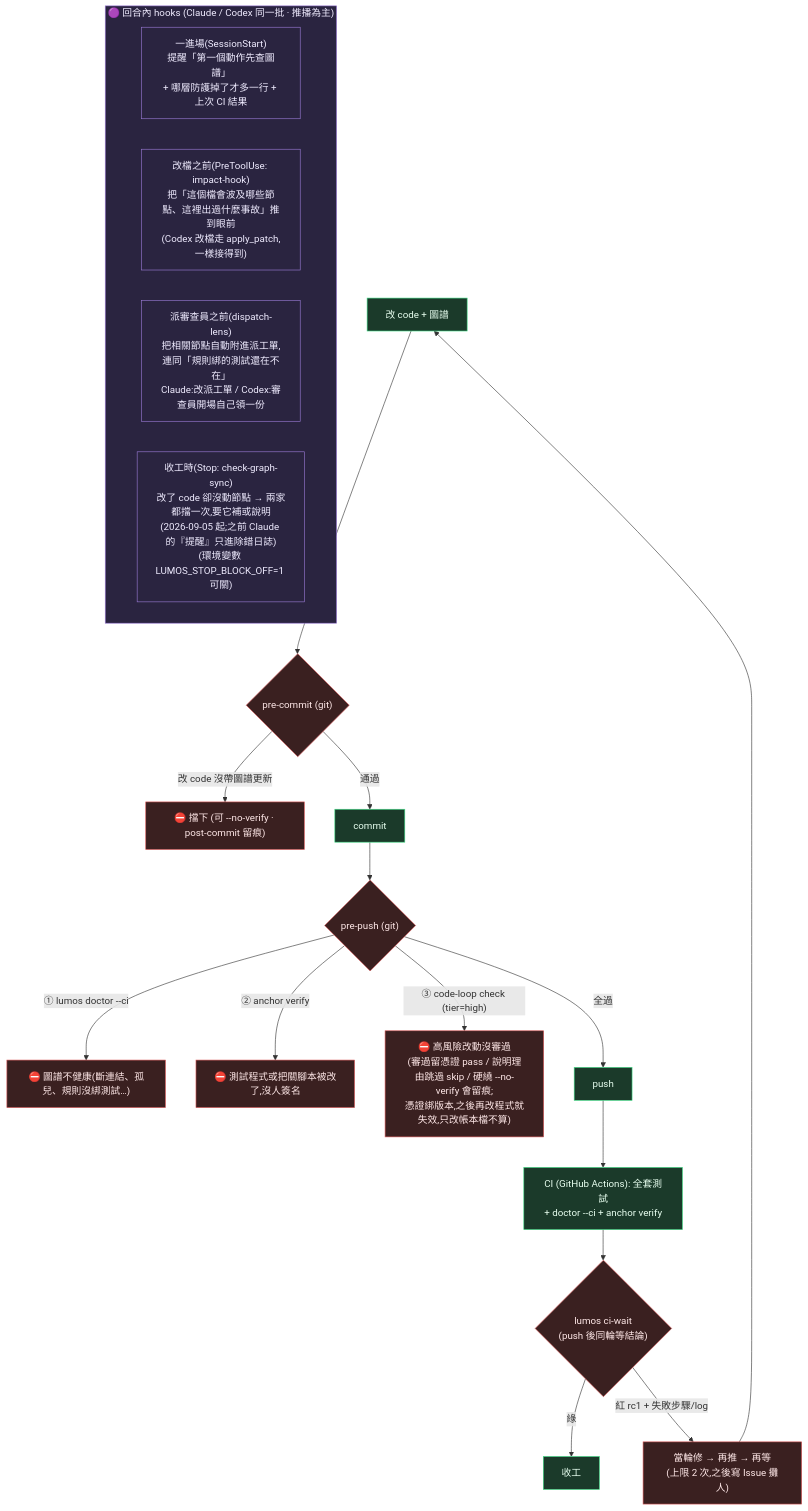
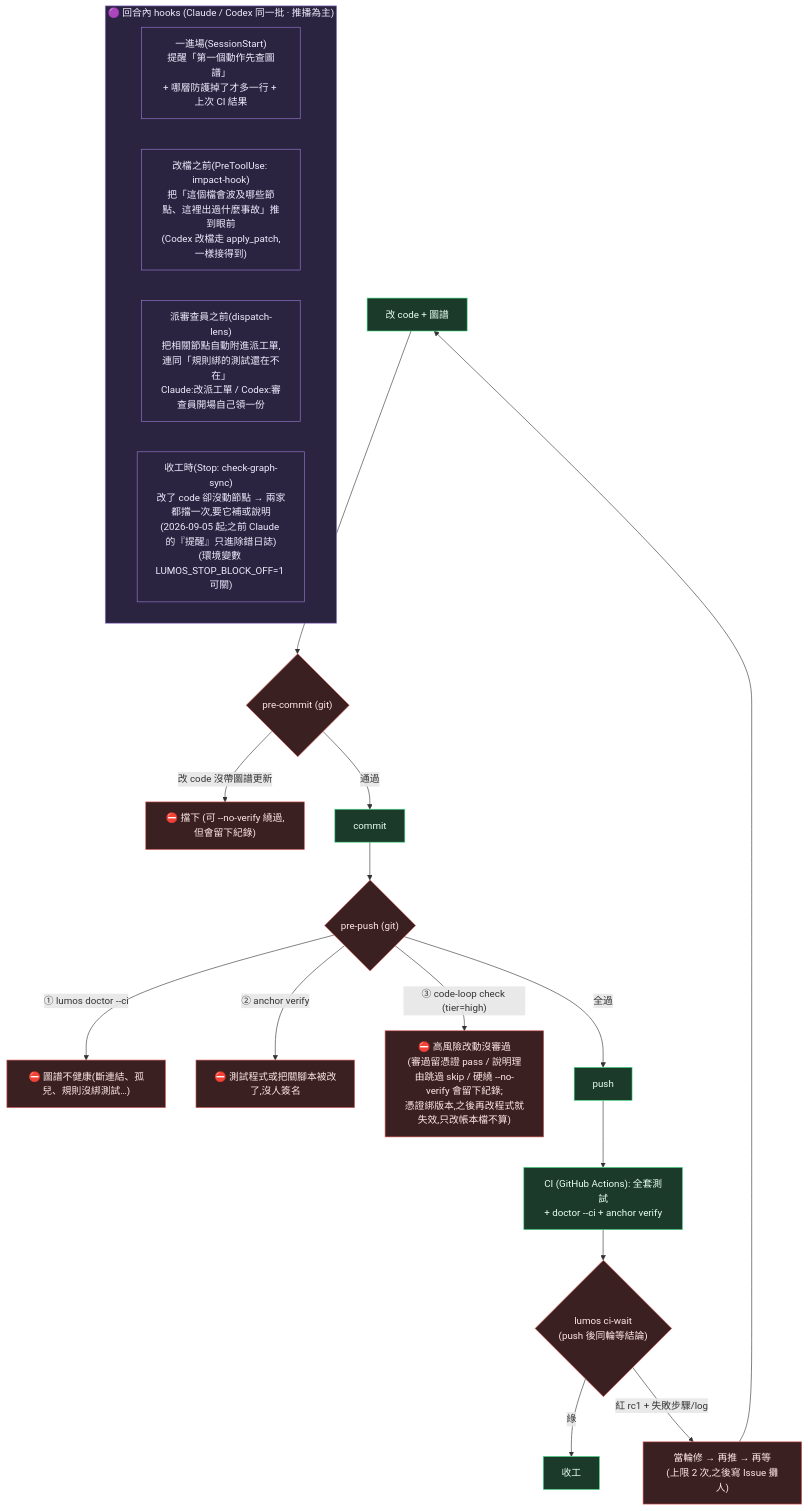
Before and after one commit to EnzoHsieh-Android/Lumos: the fourth of 5 diagrams in ARCHITECTURE.md, drawn with Mermaid. The commit also changed other lines of this file and 9 other files, not shown here.

````diff
--- a/ARCHITECTURE.md
+++ b/ARCHITECTURE.md
@@ -147,32 +160,32 @@
 ```mermaid
 flowchart TB
     subgraph BEFORE["🟣 回合內 hooks (Claude / Codex 同一批 · 推播為主)"]
         ENTRY["一進場(SessionStart)<br/>提醒「第一個動作先查圖譜」<br/>+ 哪層防護掉了才多一行 + 上次 CI 結果"]
         PRE["改檔之前(PreToolUse: impact-hook)<br/>把「這個檔會波及哪些節點、這裡出過什麼事故」推到眼前<br/>(Codex 改檔走 apply_patch,一樣接得到)"]
         LENS["派審查員之前(dispatch-lens)<br/>把相關節點自動附進派工單,連同「規則綁的測試還在不在」<br/>Claude:改派工單 / Codex:審查員開場自己領一份"]
         STOPH["收工時(Stop: check-graph-sync)<br/>改了 code 卻沒動節點 → 兩家都擋一次,要它補或說明<br/>(2026-09-05 起;之前 Claude 的『提醒』只進除錯日誌)<br/>(環境變數 LUMOS_STOP_BLOCK_OFF=1 可關)"]
     end
 
     EDIT["改 code + 圖譜"] --> PC{"pre-commit (git)"}
-    PC -->|"改 code 沒帶圖譜更新"| BLOCK["⛔ 擋下 (可 --no-verify · post-commit 留痕)"]
+    PC -->|"改 code 沒帶圖譜更新"| BLOCK["⛔ 擋下 (可 --no-verify 繞過,但會留下紀錄)"]
     PC -->|通過| COMMIT["commit"]
 
     COMMIT --> PUSH{"pre-push (git)"}
     PUSH -->|"① lumos doctor --ci"| PB1["⛔ 圖譜不健康(斷連結、孤兒、規則沒綁測試…)"]
     PUSH -->|"② anchor verify"| PB2["⛔ 測試程式或把關腳本被改了,沒人簽名"]
-    PUSH -->|"③ code-loop check (tier=high)"| PB3["⛔ 高風險改動沒審過<br/>(審過留憑證 pass / 說明理由跳過 skip / 硬繞 --no-verify 會留痕;<br/>憑證綁版本,之後再改程式就失效,只改帳本檔不算)"]
+    PUSH -->|"③ code-loop check (tier=high)"| PB3["⛔ 高風險改動沒審過<br/>(審過留憑證 pass / 說明理由跳過 skip / 硬繞 --no-verify 會留下紀錄;<br/>憑證綁版本,之後再改程式就失效,只改帳本檔不算)"]
     PUSH -->|全過| PASS["push"]
     PASS --> CI["CI (GitHub Actions): 全套測試<br/>+ doctor --ci + anchor verify"]
     CI --> WAIT{"lumos ci-wait<br/>(push 後同輪等結論)"}
     WAIT -->|綠| DONE["收工"]
     WAIT -->|"紅 rc1 + 失敗步驟/log"| FIX["當輪修 → 再推 → 再等<br/>(上限 2 次,之後寫 Issue 攤人)"]
     FIX --> EDIT
 
     classDef gate fill:#3a2020,stroke:#dc5b5b,color:#ffe8e8
     classDef ok fill:#1b3a2a,stroke:#3ddc84,color:#e8fff0
     classDef push fill:#2a2440,stroke:#9a7bd6,color:#f0ecff
     class PC,PUSH,BLOCK,PB1,PB2,PB3 gate
     class COMMIT,PASS,CI,EDIT,DONE ok
     class WAIT,FIX gate
     class BEFORE,ENTRY,PRE,LENS,STOPH push
 ```
````
